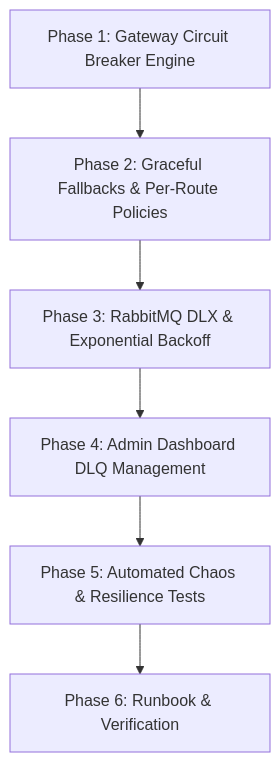
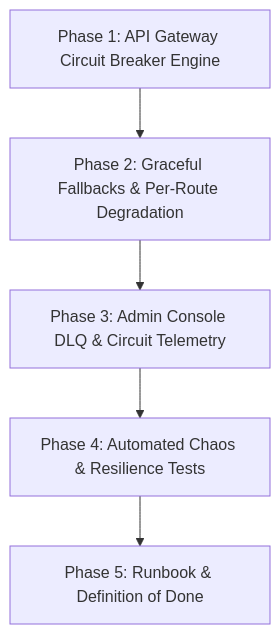
Before and after one commit to SoSereysokbotra/ecommerce-microservices: the second of 2 diagrams in docs/M18_RESILIENCE_PLAN.md, drawn with Mermaid. The commit also changed other lines of this file and 1 other file, not shown here.

Commit message:
docs: add admin README and align M18 resilience plan with verified codebase

````diff
--- a/docs/M18_RESILIENCE_PLAN.md
+++ b/docs/M18_RESILIENCE_PLAN.md
@@ -58,8 +75,7 @@
 ```mermaid
 graph TD
-    Phase1[Phase 1: Gateway Circuit Breaker Engine] --> Phase2[Phase 2: Graceful Fallbacks & Per-Route Policies]
-    Phase2 --> Phase3[Phase 3: RabbitMQ DLX & Exponential Backoff]
-    Phase3 --> Phase4[Phase 4: Admin Dashboard DLQ Management]
-    Phase4 --> Phase5[Phase 5: Automated Chaos & Resilience Tests]
-    Phase5 --> Phase6[Phase 6: Runbook & Verification]
+    Phase1[Phase 1: API Gateway Circuit Breaker Engine] --> Phase2[Phase 2: Graceful Fallbacks & Per-Route Degradation]
+    Phase2 --> Phase3[Phase 3: Admin Console DLQ & Circuit Telemetry]
+    Phase3 --> Phase4[Phase 4: Automated Chaos & Resilience Tests]
+    Phase4 --> Phase5[Phase 5: Runbook & Definition of Done]
 ```
````
